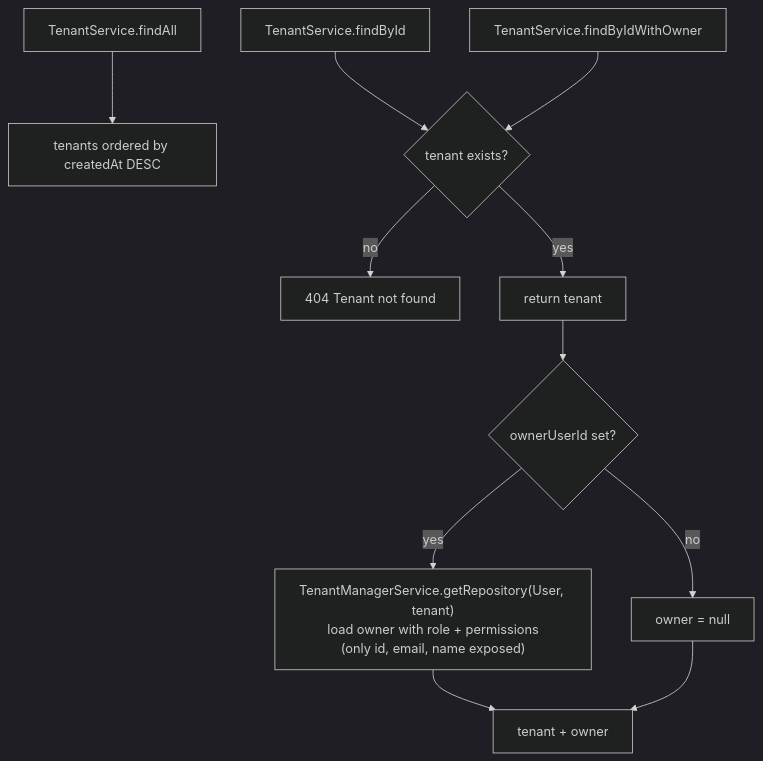
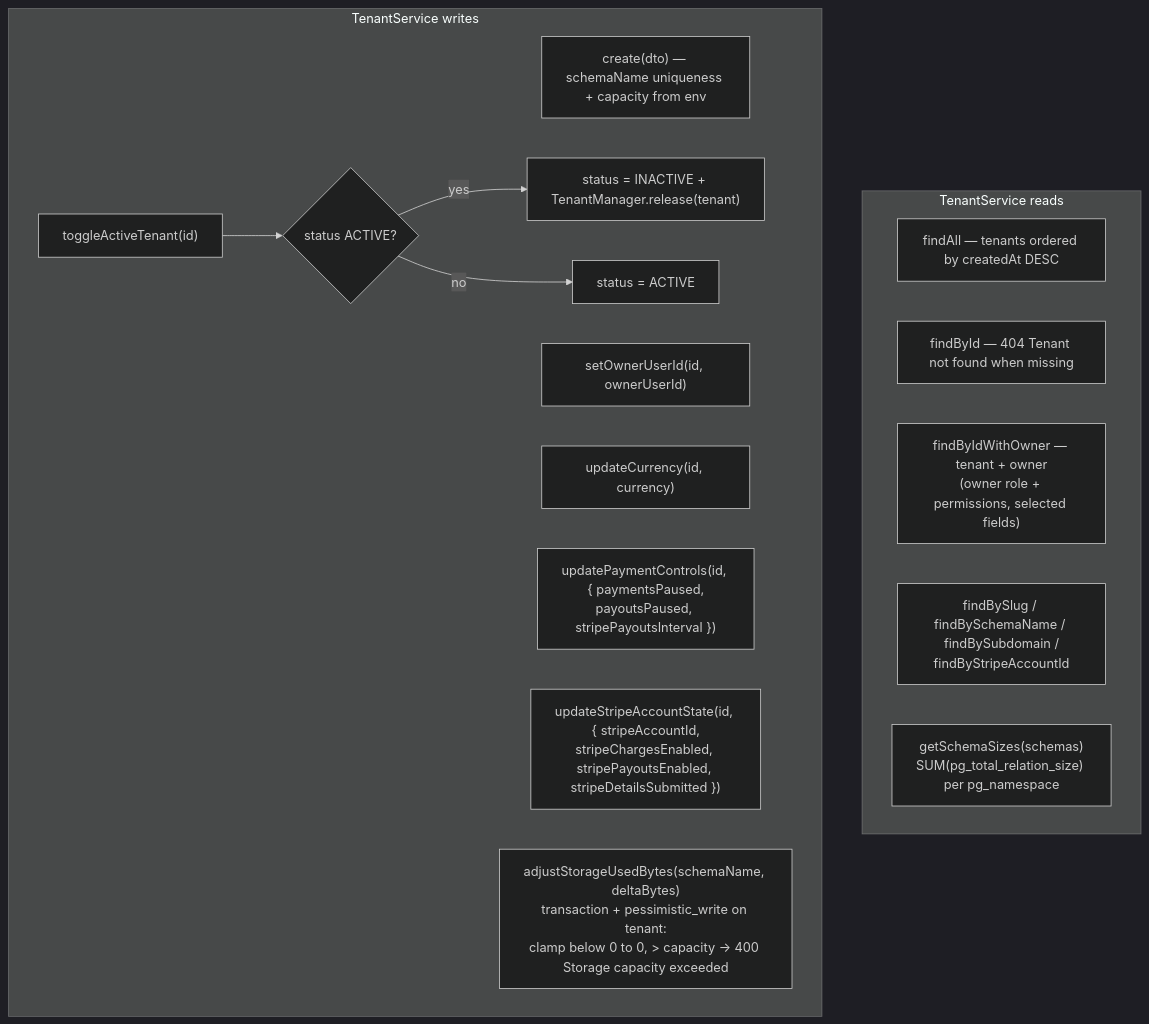
Before and after one commit to DevBassel/saas_commerce: the third of 3 diagrams in apps/api/src/modules/tenants/workflow.md, drawn with Mermaid (dark theme). The commit also changed other lines of this file and 100 other files, not shown here.

````diff
--- a/apps/api/src/modules/tenants/workflow.md
+++ b/apps/api/src/modules/tenants/workflow.md
@@ -49,13 +56,23 @@
 ```mermaid
 flowchart TD
-    LIST["TenantService.findAll"] --> L1["tenants ordered by createdAt DESC"]
-    GETID["TenantService.findById"] --> G1{"tenant exists?"}
-    G1 -->|"no"| G1E["404 Tenant not found"]
-    G1 -->|"yes"| G2["return tenant"]
-    GETOWN["TenantService.findByIdWithOwner"] --> G1
-    G2 --> OW1{"ownerUserId set?"}
-    OW1 -->|"yes"| OW2["TenantManagerService.getRepository(User, tenant)<br/>load owner with role + permissions<br/>(only id, email, name exposed)"]
-    OW1 -->|"no"| OW3["owner = null"]
-    OW2 --> OUT["tenant + owner"]
-    OW3 --> OUT
+    subgraph READS["TenantService reads"]
+        LIST["findAll — tenants ordered by createdAt DESC"]
+        GETID["findById — 404 Tenant not found when missing"]
+        GETOWN["findByIdWithOwner — tenant + owner<br/>(owner role + permissions, selected fields)"]
+        LOOKUP["findBySlug / findBySchemaName / findBySubdomain /<br/>findByStripeAccountId"]
+        SIZES["getSchemaSizes(schemas)<br/>SUM(pg_total_relation_size) per pg_namespace"]
+    end
+
+    subgraph WRITES["TenantService writes"]
+        CREATE["create(dto) — schemaName uniqueness + capacity from env"]
+        OWNER["setOwnerUserId(id, ownerUserId)"]
+        TOGGLE["toggleActiveTenant(id)"]
+        TOGGLE --> T1{"status ACTIVE?"}
+        T1 -->|"yes"| T2["status = INACTIVE + TenantManager.release(tenant)"]
+        T1 -->|"no"| T3["status = ACTIVE"]
+        CURRENCY["updateCurrency(id, currency)"]
+        CONTROLS["updatePaymentControls(id, { paymentsPaused,<br/>payoutsPaused, stripePayoutsInterval })"]
+        STRIPE["updateStripeAccountState(id, { stripeAccountId,<br/>stripeChargesEnabled, stripePayoutsEnabled, stripeDetailsSubmitted })"]
+        STORAGE["adjustStorageUsedBytes(schemaName, deltaBytes)<br/>transaction + pessimistic_write on tenant:<br/>clamp below 0 to 0, > capacity -> 400 Storage capacity exceeded"]
+    end
 ```
````
